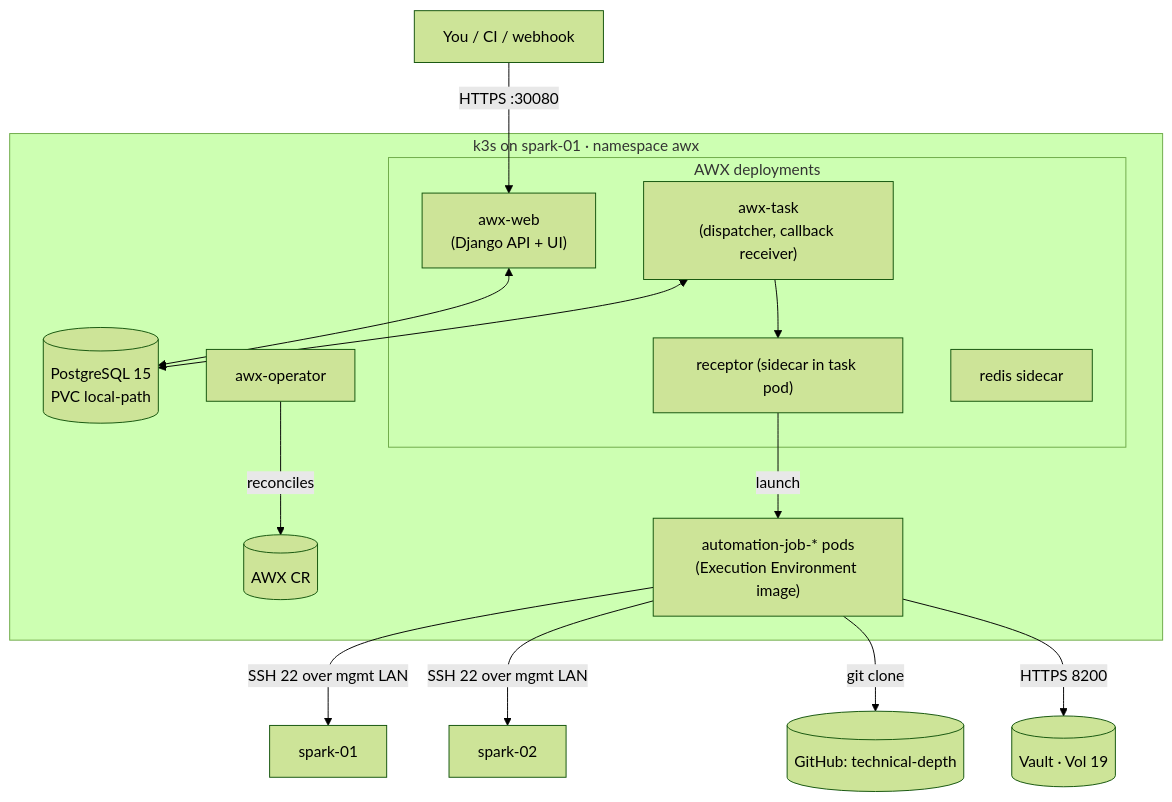
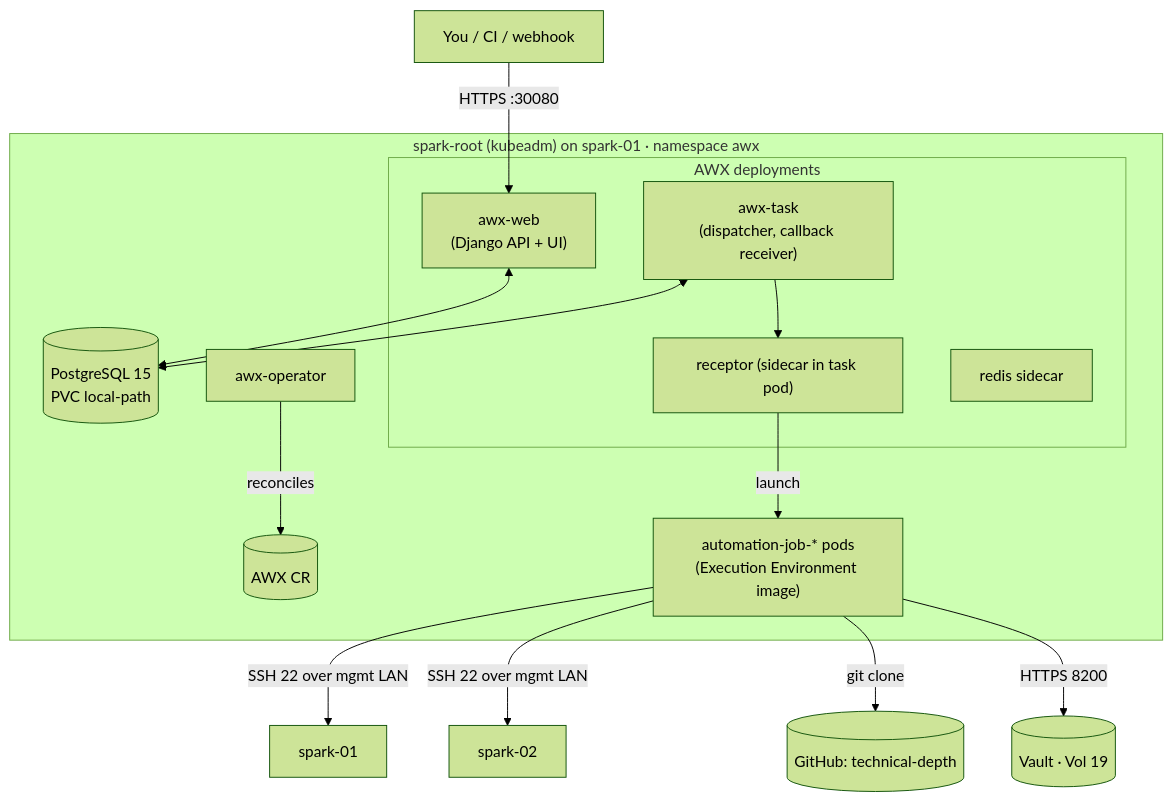
One commit to cloudone365/technical-depth changed the first of 2 diagrams in 01 Ansible/02-ansible-tower-awx-deep-dive.md. Above: the diagram before and after it, drawn with Mermaid (forest theme). The commit also changed other lines of this file and 53 other files, not shown here.

First line of the commit message:
Rewrite 01 Ansible and 02 Kubernetes volumes for the kubeadm root + two vClusters

````diff
--- a/01 Ansible/02-ansible-tower-awx-deep-dive.md
+++ b/01 Ansible/02-ansible-tower-awx-deep-dive.md
@@ -20,21 +21,21 @@
 ```mermaid
 flowchart TB
   U["You / CI / webhook"] -->|HTTPS :30080| WEB
-  subgraph K3S["k3s on spark-01 · namespace awx"]
+  subgraph ROOT["spark-root (kubeadm) on spark-01 · namespace awx"]
     OP[awx-operator] -->|reconciles| CR[(AWX CR)]
     subgraph AWXPOD[AWX deployments]
       WEB["awx-web<br/>(Django API + UI)"]
       TASK["awx-task<br/>(dispatcher, callback receiver)"]
       RCPT["receptor (sidecar in task pod)"]
       REDIS[redis sidecar]
     end
     PG[(PostgreSQL 15<br/>PVC local-path)]
     JOB["automation-job-* pods<br/>(Execution Environment image)"]
   end
   WEB <--> PG
   TASK <--> PG
   TASK --> RCPT -->|launch| JOB
   JOB -->|SSH 22 over mgmt LAN| S1[spark-01] & S2[spark-02]
   JOB -->|git clone| GH[(GitHub: technical-depth)]
   JOB -->|HTTPS 8200| V[(Vault · Vol 19)]
 ```
````
